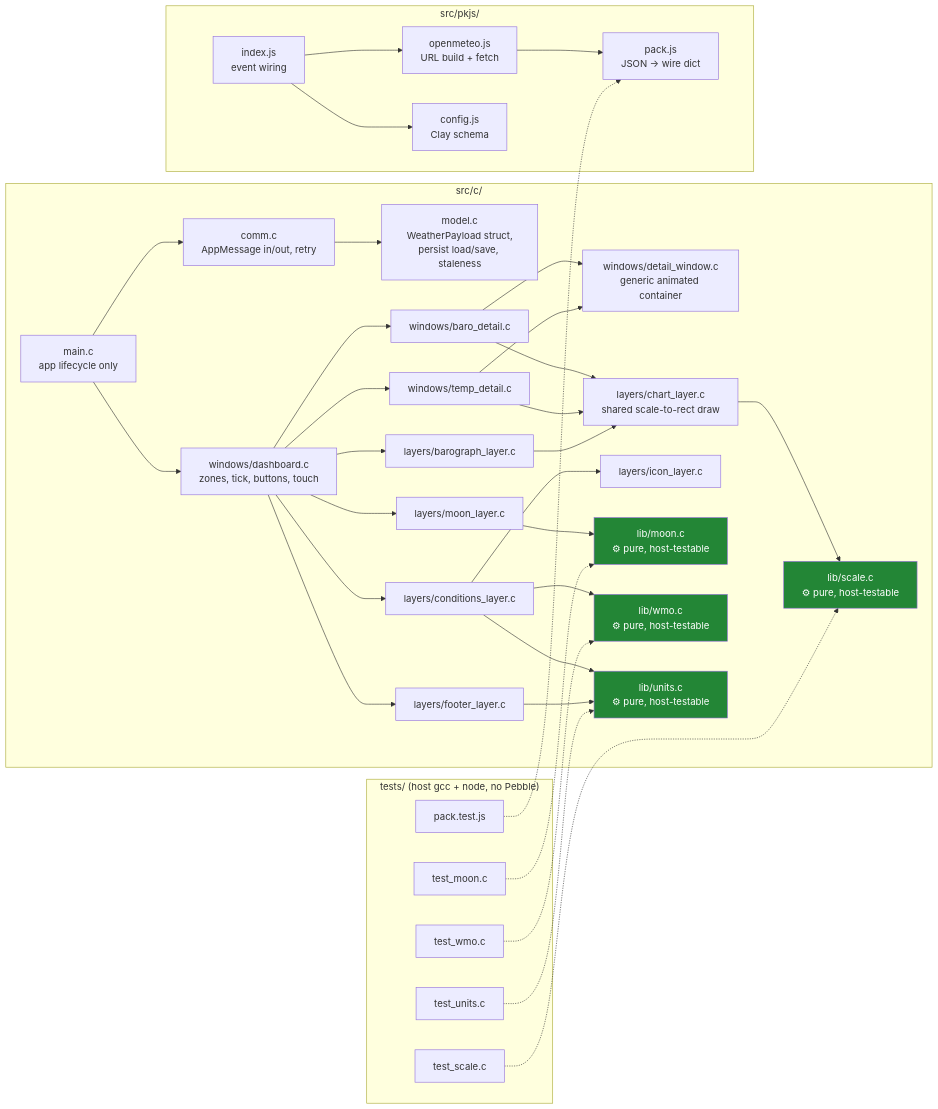
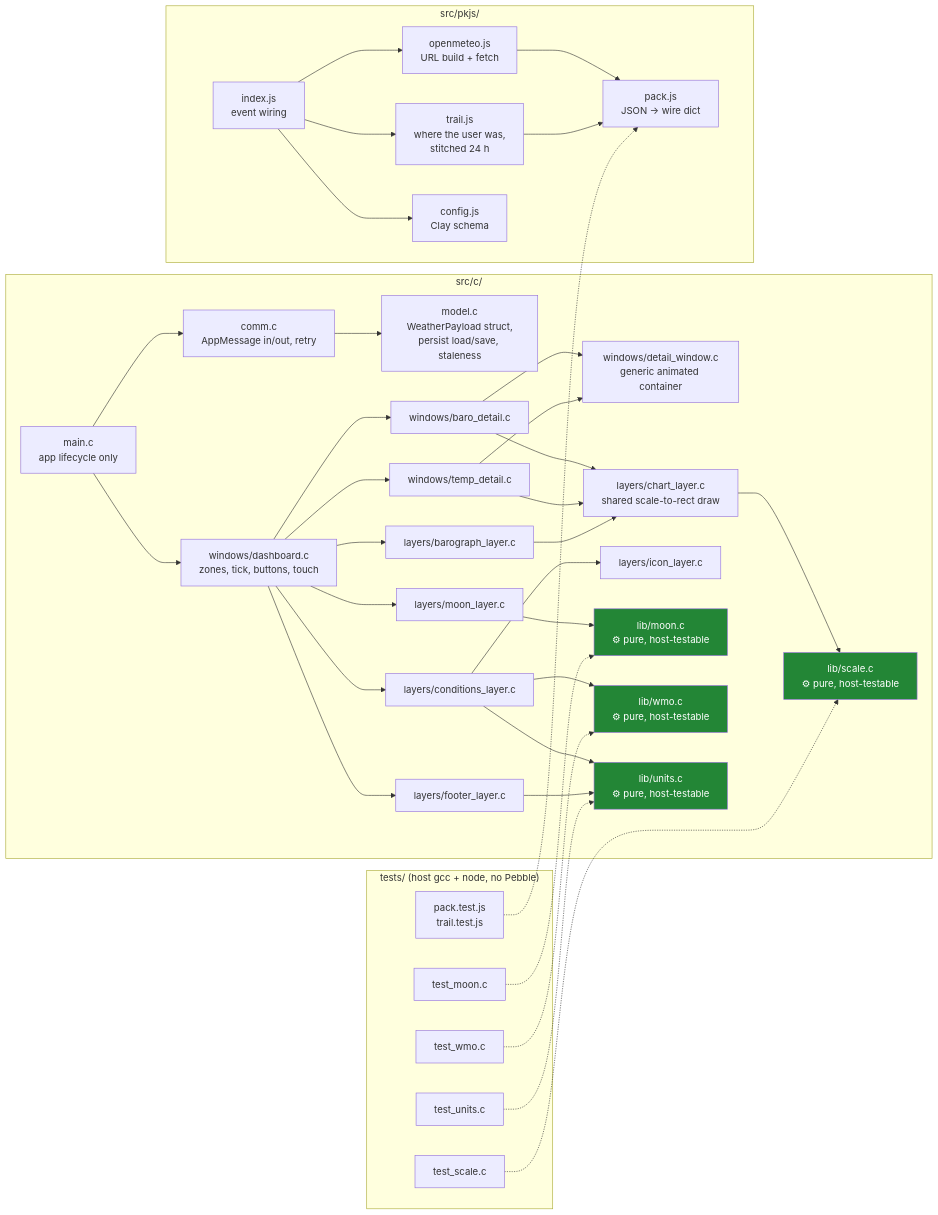
The third of 6 diagrams in PLAN.md (iconoptic/Pebble-Aethercast), drawn with Mermaid before and after one commit. The commit also changed other lines of this file and 24 other files, not shown here.

````diff
--- a/PLAN.md
+++ b/PLAN.md
@@ -164,61 +170,63 @@
 ```mermaid
 graph LR
     subgraph src_c["src/c/"]
         MAIN["main.c<br/>app lifecycle only"]
         COMM["comm.c<br/>AppMessage in/out, retry"]
         MODEL["model.c<br/>WeatherPayload struct,<br/>persist load/save, staleness"]
         WIN1["windows/dashboard.c<br/>zones, tick, buttons, touch"]
         WIN2["windows/detail_window.c<br/>generic animated container"]
         WIN3["windows/baro_detail.c"]
         WIN4["windows/temp_detail.c"]
         L_CHART["layers/chart_layer.c<br/>shared scale-to-rect draw"]
         L_BARO["layers/barograph_layer.c"]
         L_MOON["layers/moon_layer.c"]
         L_COND["layers/conditions_layer.c"]
         L_ICON["layers/icon_layer.c"]
         L_FOOT["layers/footer_layer.c"]
         LIB_MOON["lib/moon.c<br/>⚙ pure, host-testable"]
         LIB_SCALE["lib/scale.c<br/>⚙ pure, host-testable"]
         LIB_WMO["lib/wmo.c<br/>⚙ pure, host-testable"]
         LIB_UNITS["lib/units.c<br/>⚙ pure, host-testable"]
     end
 
     subgraph src_pkjs["src/pkjs/"]
         IDX["index.js<br/>event wiring"]
         API["openmeteo.js<br/>URL build + fetch"]
         PACK["pack.js<br/>JSON → wire dict"]
+        TRAIL["trail.js<br/>where the user was,<br/>stitched 24 h"]
         CFG["config.js<br/>Clay schema"]
     end
 
     subgraph tests["tests/ (host gcc + node, no Pebble)"]
         T1["test_moon.c"]
         T2["test_scale.c"]
         T3["test_units.c"]
         T4["test_wmo.c"]
-        T5["pack.test.js"]
+        T5["pack.test.js<br/>trail.test.js"]
     end
 
     MAIN --> COMM --> MODEL
     MAIN --> WIN1 --> L_BARO & L_MOON & L_COND & L_FOOT
     WIN1 --> WIN3 & WIN4
     WIN3 & WIN4 --> WIN2
     WIN3 & WIN4 --> L_CHART
     L_BARO --> L_CHART --> LIB_SCALE
     L_MOON --> LIB_MOON
     L_COND --> L_ICON
     L_COND --> LIB_WMO
     L_COND --> LIB_UNITS
     L_FOOT --> LIB_UNITS
     IDX --> API --> PACK
+    IDX --> TRAIL --> PACK
     IDX --> CFG
     T1 -.-> LIB_MOON
     T2 -.-> LIB_SCALE
     T3 -.-> LIB_UNITS
     T4 -.-> LIB_WMO
     T5 -.-> PACK
 
     style LIB_MOON fill:#238636,color:#fff
     style LIB_SCALE fill:#238636,color:#fff
     style LIB_WMO fill:#238636,color:#fff
     style LIB_UNITS fill:#238636,color:#fff
 ```
````
